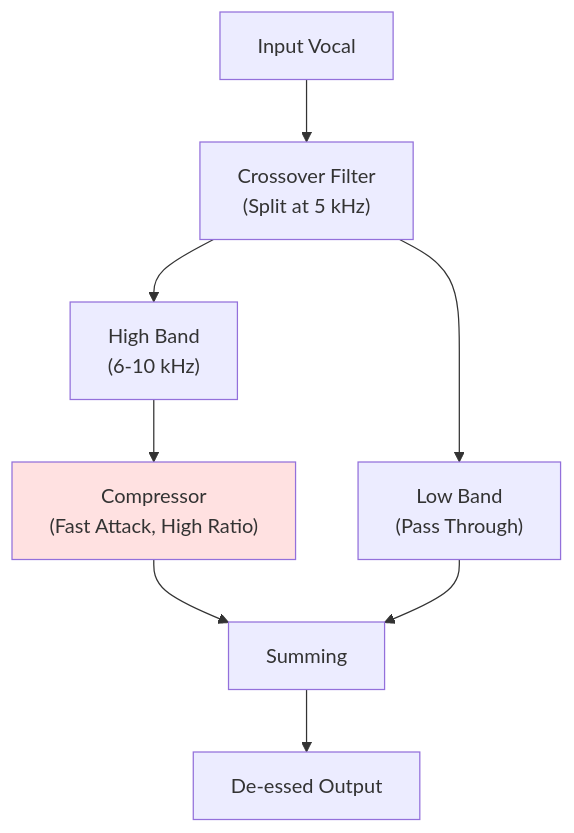
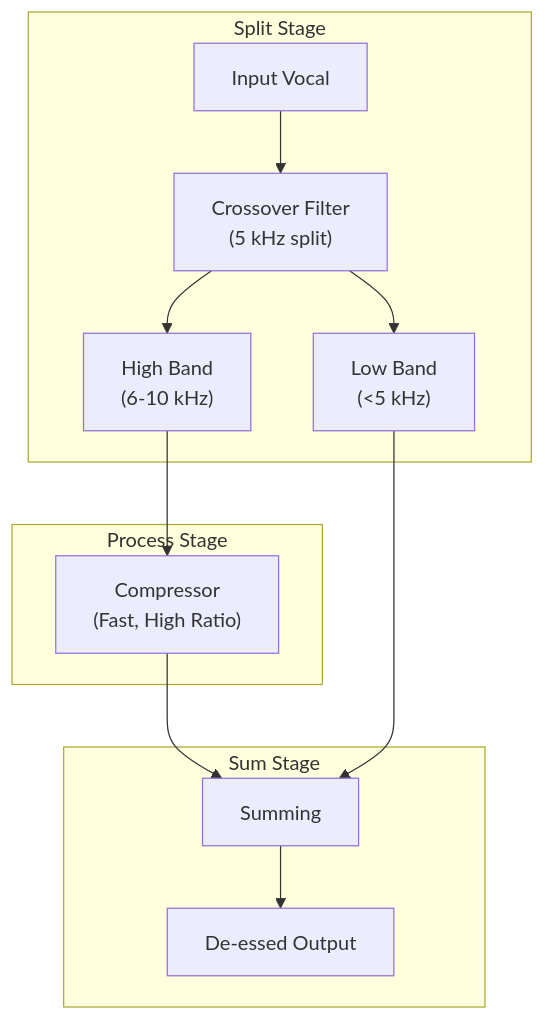
The sixth of 7 diagrams in topics/arts/music_performance/vocals/labs.md (blebleblee/synapse), drawn with Mermaid before and after one commit. The commit also changed other lines of this file and 4 other files, not shown here.

````diff
--- a/topics/arts/music_performance/vocals/labs.md
+++ b/topics/arts/music_performance/vocals/labs.md
@@ -753,12 +871,26 @@
 ```mermaid
 graph TD
-    A["Input Vocal"] --> B["Crossover Filter<br/>(Split at 5 kHz)"]
-    B --> C["Low Band<br/>(Pass Through)"]
-    B --> D["High Band<br/>(6-10 kHz)"]
-    D --> E["Compressor<br/>(Fast Attack, High Ratio)"]
-    E --> F["Summing"]
+    subgraph sub_split ["Split Stage"]
+        A["Input Vocal"]
+        B["Crossover Filter<br/>(5 kHz split)"]
+        C["Low Band<br/>(<5 kHz)"]
+        D["High Band<br/>(6-10 kHz)"]
+    end
+    
+    subgraph sub_process ["Process Stage"]
+        E["Compressor<br/>(Fast, High Ratio)"]
+    end
+    
+    subgraph sub_sum ["Sum Stage"]
+        F["Summing"]
+        G["De-essed Output"]
+    end
+    
+    A --> B
+    B --> C
+    B --> D
+    D --> E
+    E --> F
     C --> F
-    F --> G["De-essed Output"]
-    
-    style E fill:#ffe1e1
+    F --> G
 ```
````
